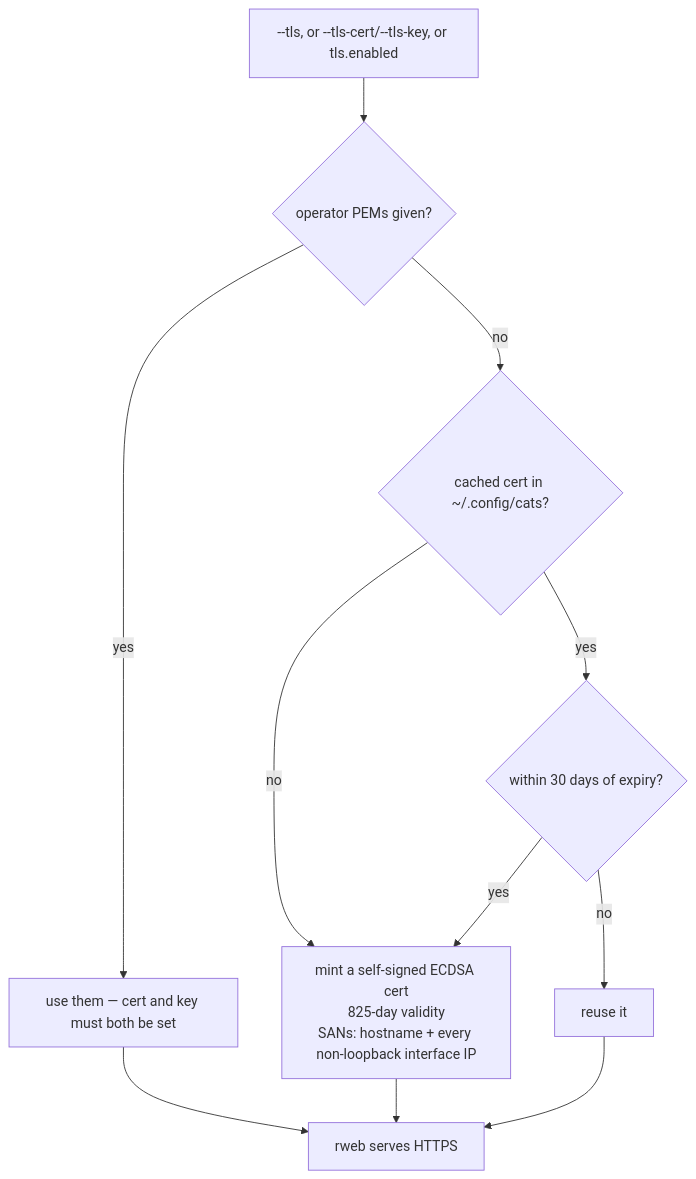
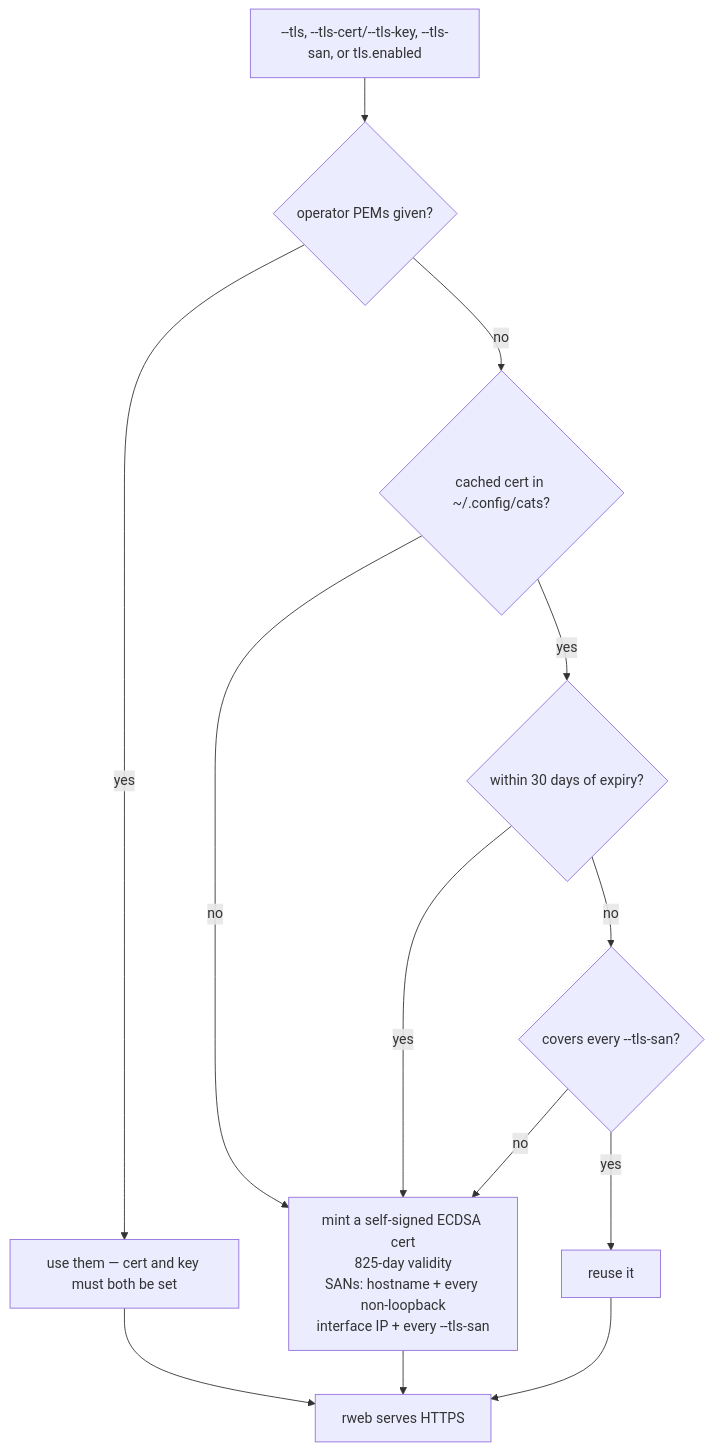
Before and after one commit to rohanthewiz/cats: the third of 3 diagrams in docs/subsystems/auth-and-tls.md, drawn with Mermaid. The commit also changed other lines of this file and 16 other files, not shown here.

````diff
--- a/docs/subsystems/auth-and-tls.md
+++ b/docs/subsystems/auth-and-tls.md
@@ -136,21 +136,24 @@
 ```mermaid
 flowchart TD
-  START["--tls, or --tls-cert/--tls-key, or tls.enabled"]
+  START["--tls, --tls-cert/--tls-key, --tls-san, or tls.enabled"]
   BYO{"operator PEMs given?"}
   USE["use them — cert and key must both be set"]
   CACHE{"cached cert in ~/.config/cats?"}
   EXP{"within 30 days of expiry?"}
-  MINT["mint a self-signed ECDSA cert<br/>825-day validity<br/>SANs: hostname + every non-loopback interface IP"]
+  SAN{"covers every --tls-san?"}
+  MINT["mint a self-signed ECDSA cert<br/>825-day validity<br/>SANs: hostname + every non-loopback<br/>interface IP + every --tls-san"]
   REUSE["reuse it"]
   SERVE["rweb serves HTTPS"]
 
   START --> BYO
   BYO -->|"yes"| USE --> SERVE
   BYO -->|"no"| CACHE
   CACHE -->|"no"| MINT
   CACHE -->|"yes"| EXP
   EXP -->|"yes"| MINT
-  EXP -->|"no"| REUSE
+  EXP -->|"no"| SAN
+  SAN -->|"no"| MINT
+  SAN -->|"yes"| REUSE
   MINT --> SERVE
   REUSE --> SERVE
 ```
````
